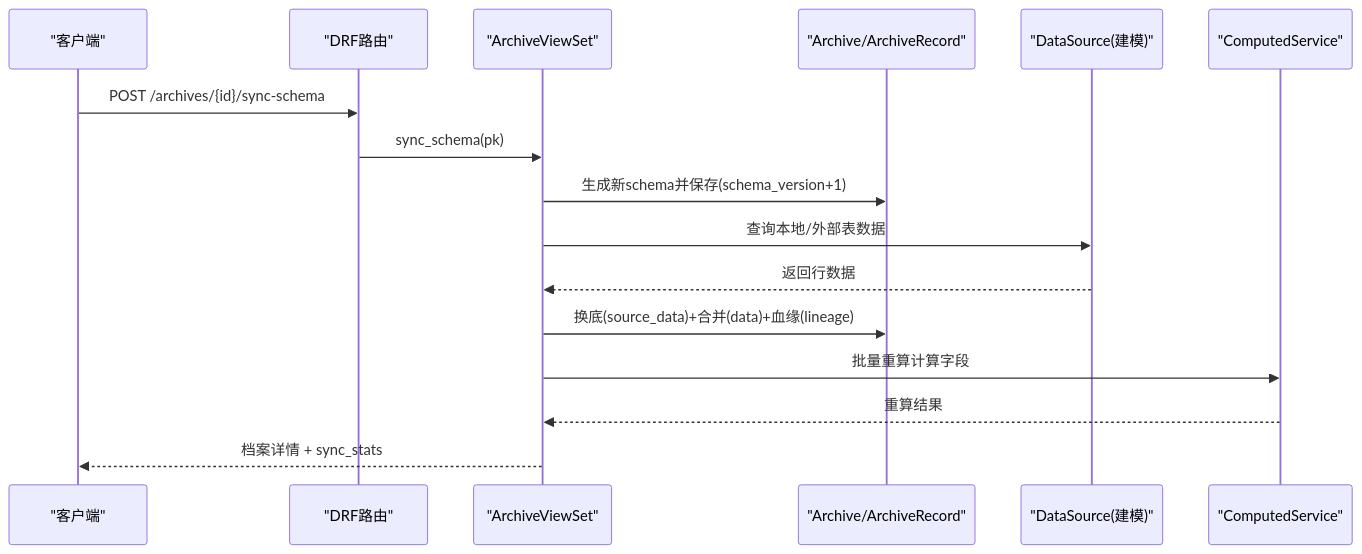
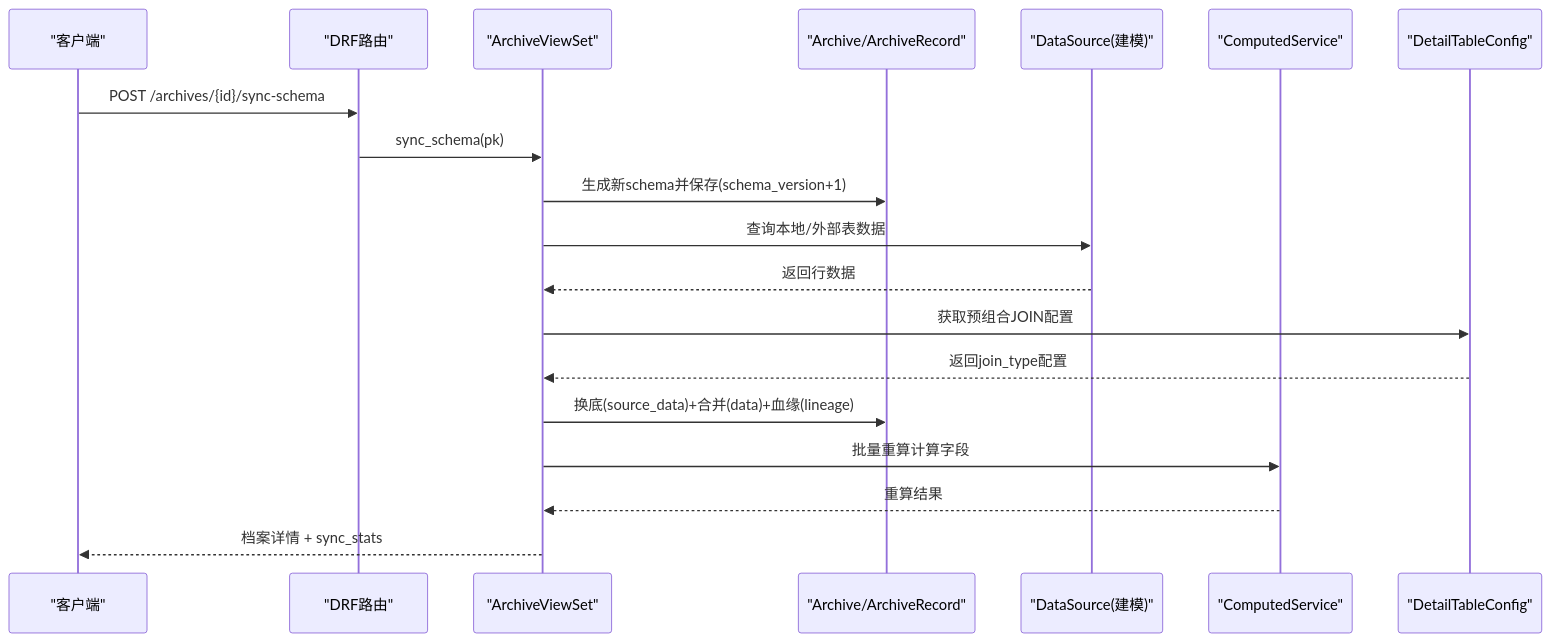
One commit to zyp-coder/Metadata changed the third of 3 diagrams in .qoder/repowiki/zh/content/API参考文档/档案管理API/档案配置API.md. Above: the diagram before and after it, drawn with Mermaid. The commit also changed other lines of this file and 8 other files, not shown here.

````diff
--- a/.qoder/repowiki/zh/content/API参考文档/档案管理API/档案配置API.md
+++ b/.qoder/repowiki/zh/content/API参考文档/档案管理API/档案配置API.md
@@ -390,18 +463,21 @@
 ```mermaid
 sequenceDiagram
 participant Client as "客户端"
 participant Router as "DRF路由"
 participant View as "ArchiveViewSet"
 participant Model as "Archive/ArchiveRecord"
 participant DS as "DataSource(建模)"
 participant Calc as "ComputedService"
+participant DTC as "DetailTableConfig"
 Client->>Router : POST /archives/{id}/sync-schema
 Router->>View : sync_schema(pk)
 View->>Model : 生成新schema并保存(schema_version+1)
 View->>DS : 查询本地/外部表数据
 DS-->>View : 返回行数据
+View->>DTC : 获取预组合JOIN配置
+DTC-->>View : 返回join_type配置
 View->>Model : 换底(source_data)+合并(data)+血缘(lineage)
 View->>Calc : 批量重算计算字段
 Calc-->>View : 重算结果
 View-->>Client : 档案详情 + sync_stats
 ```
````
